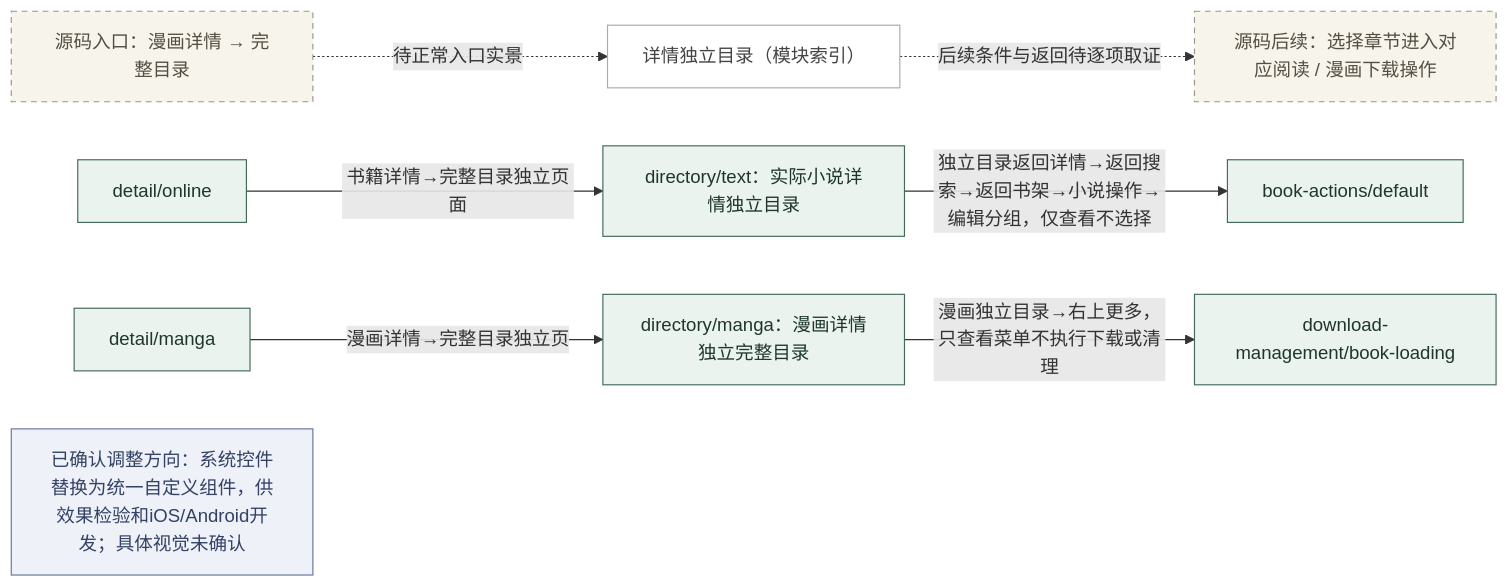
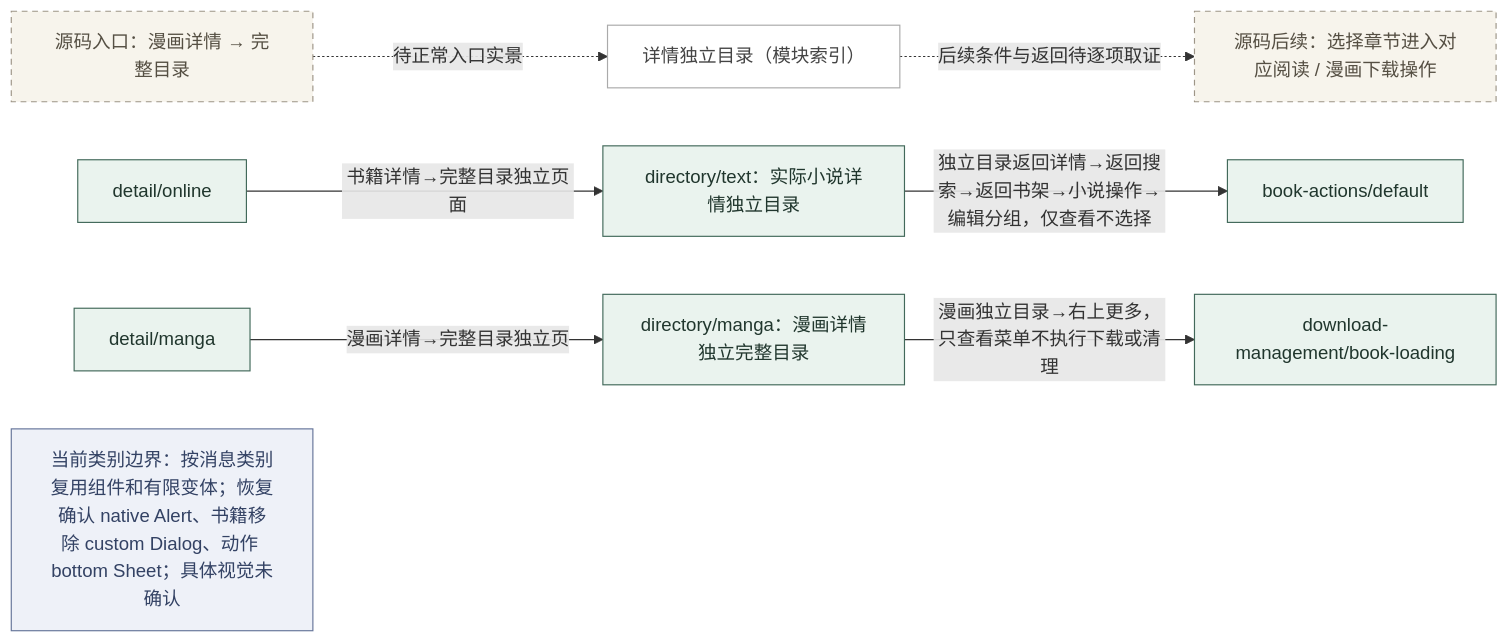
One commit to minliny/Reader-for-HarmonyOS changed diagram 11 of 38 in docs/ui-design/app-baseline/LOGIC.md. Above: the diagram before and after it, drawn with Mermaid. The commit also changed other lines of this file and 16 other files, not shown here.

````diff
--- a/docs/ui-design/app-baseline/LOGIC.md
+++ b/docs/ui-design/app-baseline/LOGIC.md
@@ -295,23 +295,23 @@
 ```mermaid
 flowchart LR
   N1["详情独立目录（模块索引）"]:::module
   N2["源码入口：漫画详情 → 完整目录"]:::pending
   N3["源码后续：选择章节进入对应阅读 / 漫画下载操作"]:::pending
   N2 -.->|待正常入口实景| N1
   N1 -.->|后续条件与返回待逐项取证| N3
   N4["directory/text：实际小说详情独立目录"]:::observed
   N5["directory/manga：漫画详情独立完整目录"]:::observed
   N6["detail/online"]:::observed
   N6 -->|书籍详情→完整目录独立页面| N4
   N7["book-actions/default"]:::observed
   N4 -->|独立目录返回详情→返回搜索→返回书架→小说操作→编辑分组，仅查看不选择| N7
   N8["detail/manga"]:::observed
   N8 -->|漫画详情→完整目录独立页| N5
   N9["download-management/book-loading"]:::observed
   N5 -->|漫画独立目录→右上更多，只查看菜单不执行下载或清理| N9
-  N10["已确认调整方向：系统控件替换为统一自定义组件，供效果检验和iOS/Android开发；具体视觉未确认"]:::confirmed
+  N10["当前类别边界：按消息类别复用组件和有限变体；恢复确认 native Alert、书籍移除 custom Dialog、动作 bottom Sheet；具体视觉未确认"]:::confirmed
   classDef observed fill:#eaf3ee,stroke:#42695a,color:#20362d
   classDef pending fill:#f7f4ec,stroke:#9d9587,color:#554f43,stroke-dasharray:5 4
   classDef confirmed fill:#eef1f8,stroke:#65759a,color:#334264
   classDef module fill:#fff,stroke:#aaa,color:#444
 ```
````
